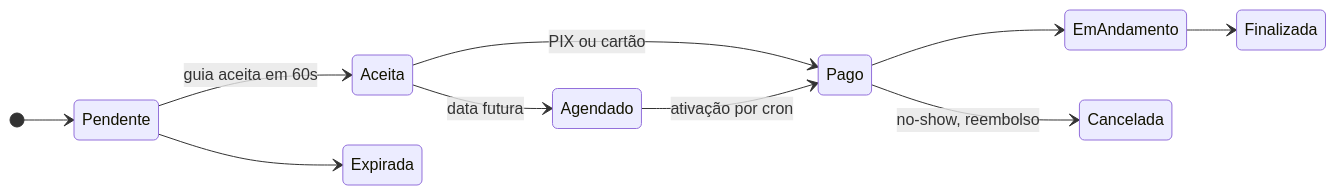
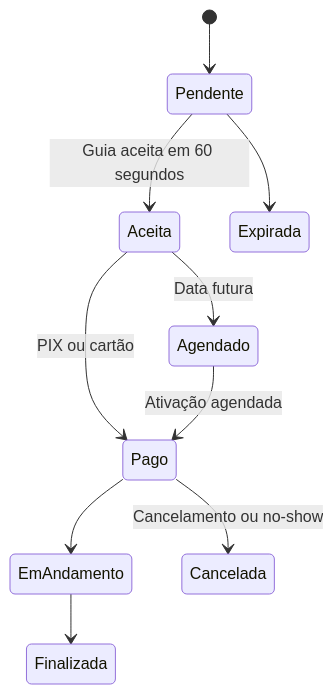
The second of 2 diagrams in README.md (vanngilha/vanngilha), drawn with Mermaid before and after one commit. The commit also changed other lines of this file, not shown here.

````diff
--- a/README.md
+++ b/README.md
@@ -80,13 +139,12 @@
 ```mermaid
 stateDiagram-v2
-    direction LR
     [*] --> Pendente
-    Pendente --> Aceita: guia aceita em 60s
+    Pendente --> Aceita: Guia aceita em 60 segundos
     Pendente --> Expirada
     Aceita --> Pago: PIX ou cartão
-    Aceita --> Agendado: data futura
-    Agendado --> Pago: ativação por cron
+    Aceita --> Agendado: Data futura
+    Agendado --> Pago: Ativação agendada
     Pago --> EmAndamento
     EmAndamento --> Finalizada
-    Pago --> Cancelada: no-show, reembolso
+    Pago --> Cancelada: Cancelamento ou no-show
 ```
````
